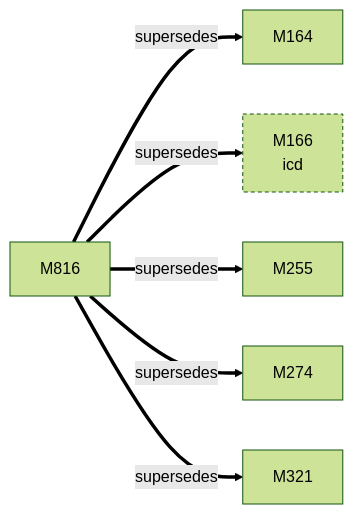
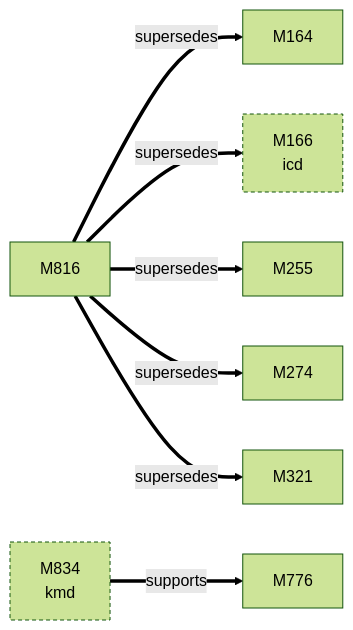
One commit to D-Ogi/amdgpu-wddm changed the first of 2 diagrams in docs/facts/graphs/games.md. Above: the diagram before and after it, drawn with Mermaid (forest theme). The commit also changed 55 other files, not shown here.

````diff
--- a/docs/facts/graphs/games.md
+++ b/docs/facts/graphs/games.md
@@ -9,16 +9,19 @@
 ```mermaid
 flowchart LR
   M164["M164"]
   M166["M166<br/>icd"]
   M255["M255"]
   M274["M274"]
   M321["M321"]
+  M776["M776"]
   M816["M816"]
+  M834["M834<br/>kmd"]
+  M834 ==>|supports| M776
   M816 ==>|supersedes| M164
   M816 ==>|supersedes| M166
   M816 ==>|supersedes| M255
   M816 ==>|supersedes| M274
   M816 ==>|supersedes| M321
   classDef other stroke-dasharray:4 3
-  class M166 other
+  class M166,M834 other
 ```
````
